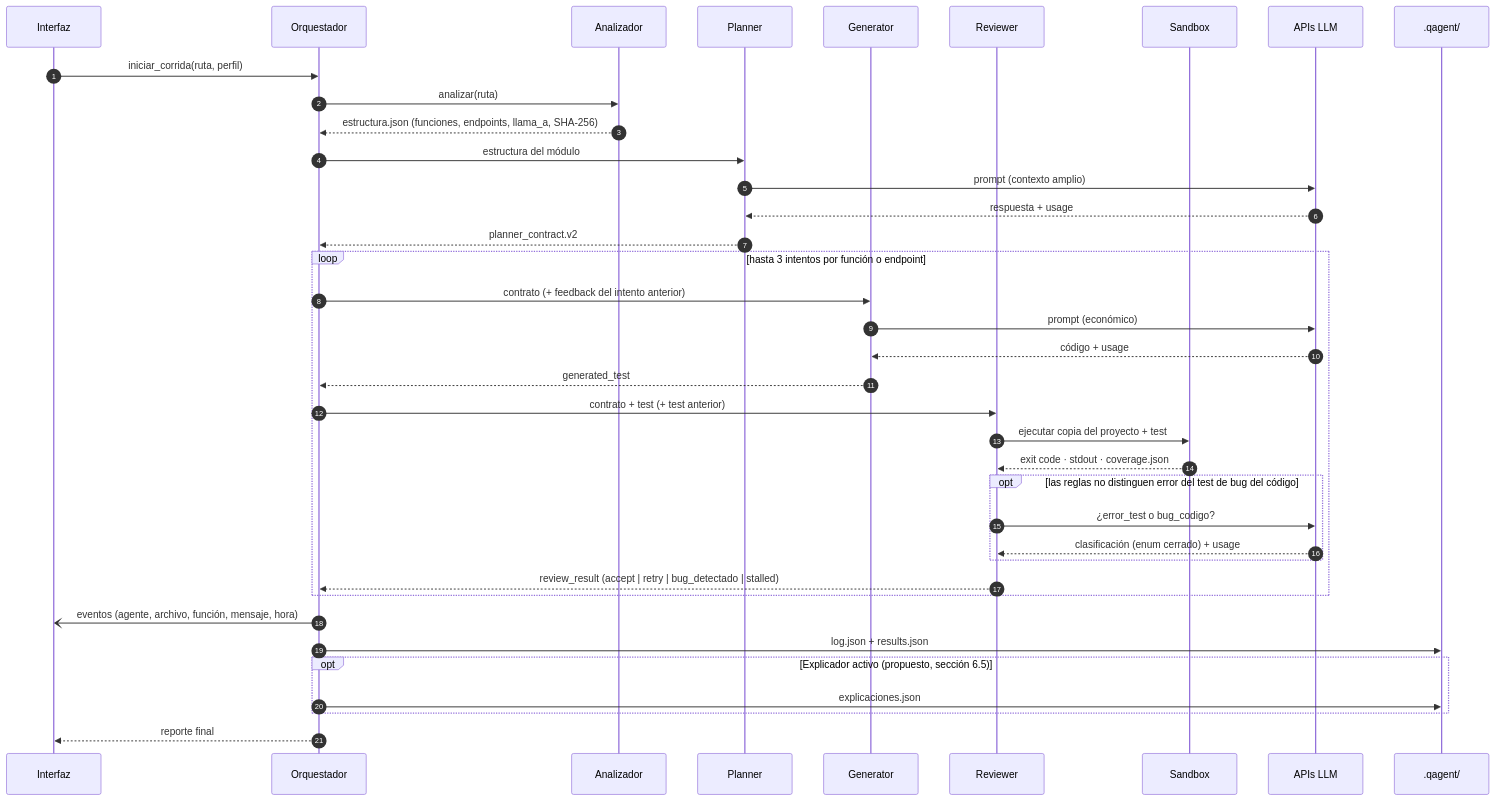
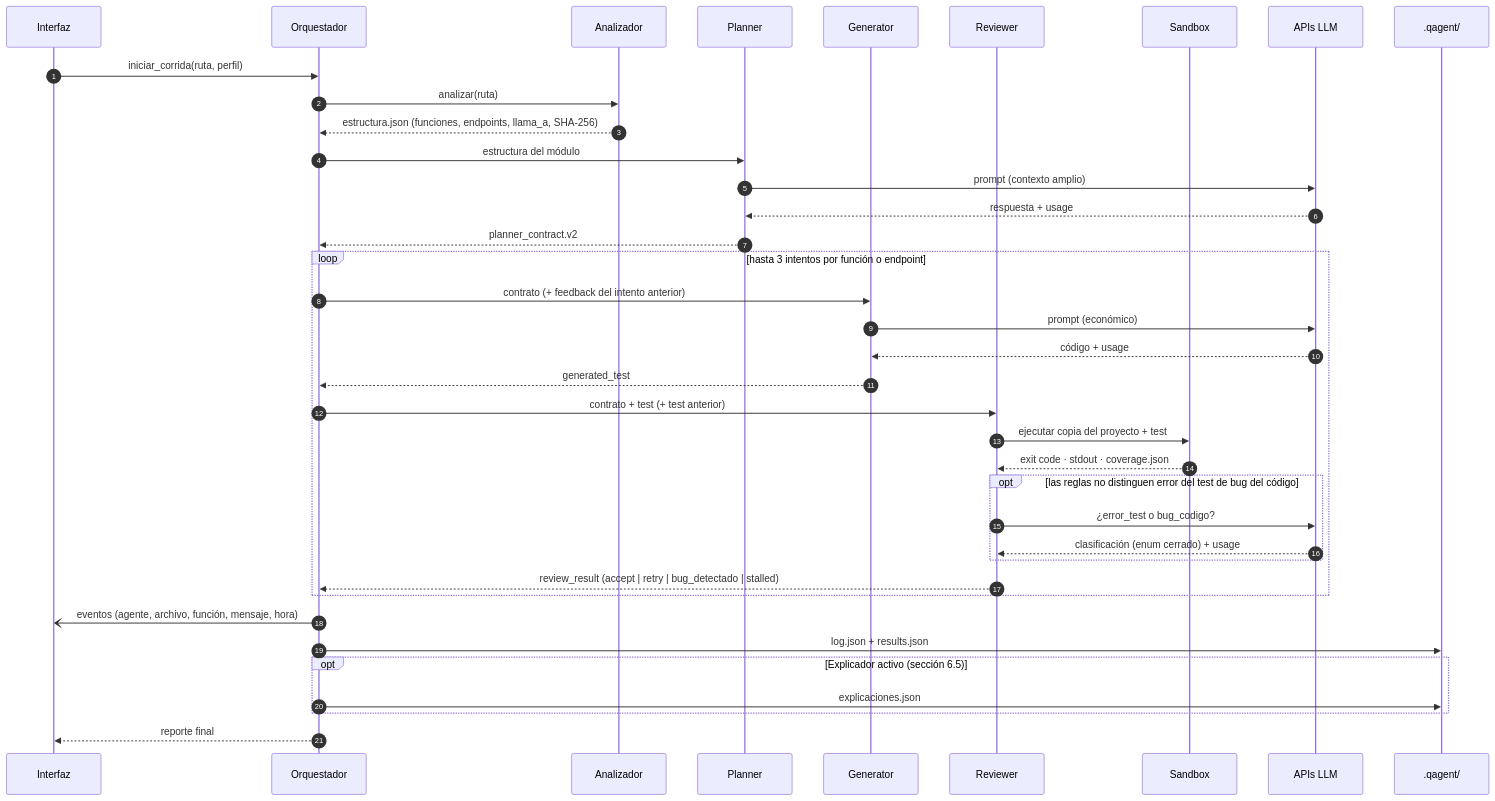
Before and after one commit to AngelOncoy/QAgent: the eighth of 13 diagrams in docs/arquitectura.md, drawn with Mermaid. The commit also changed other lines of this file and 4 other files, not shown here.

````diff
--- a/docs/arquitectura.md
+++ b/docs/arquitectura.md
@@ -475,41 +475,41 @@
 ```mermaid
 sequenceDiagram
     autonumber
     participant UI as Interfaz
     participant OR as Orquestador
     participant AST as Analizador
     participant PL as Planner
     participant GE as Generator
     participant RE as Reviewer
     participant SB as Sandbox
     participant API as APIs LLM
     participant FS as .qagent/
 
     UI->>OR: iniciar_corrida(ruta, perfil)
     OR->>AST: analizar(ruta)
     AST-->>OR: estructura.json (funciones, endpoints, llama_a, SHA-256)
     OR->>PL: estructura del módulo
     PL->>API: prompt (contexto amplio)
     API-->>PL: respuesta + usage
     PL-->>OR: planner_contract.v2
     loop hasta 3 intentos por función o endpoint
         OR->>GE: contrato (+ feedback del intento anterior)
         GE->>API: prompt (económico)
         API-->>GE: código + usage
         GE-->>OR: generated_test
         OR->>RE: contrato + test (+ test anterior)
         RE->>SB: ejecutar copia del proyecto + test
         SB-->>RE: exit code · stdout · coverage.json
         opt las reglas no distinguen error del test de bug del código
             RE->>API: ¿error_test o bug_codigo?
             API-->>RE: clasificación (enum cerrado) + usage
         end
         RE-->>OR: review_result (accept | retry | bug_detectado | stalled)
     end
     OR-)UI: eventos (agente, archivo, función, mensaje, hora)
     OR->>FS: log.json + results.json
-    opt Explicador activo (propuesto, sección 6.5)
+    opt Explicador activo (sección 6.5)
         OR->>FS: explicaciones.json
     end
     OR-->>UI: reporte final
 ```
````
